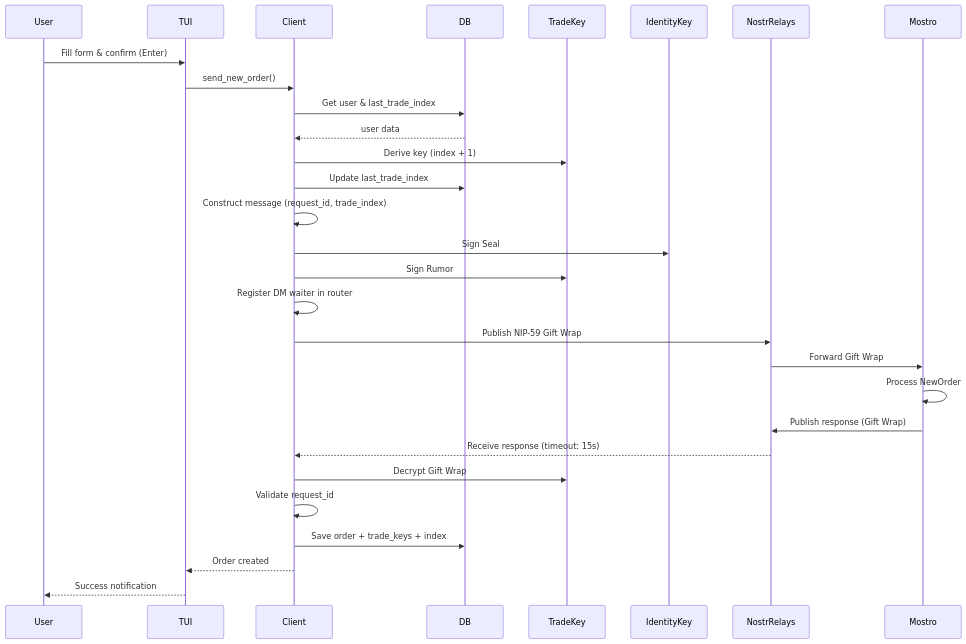
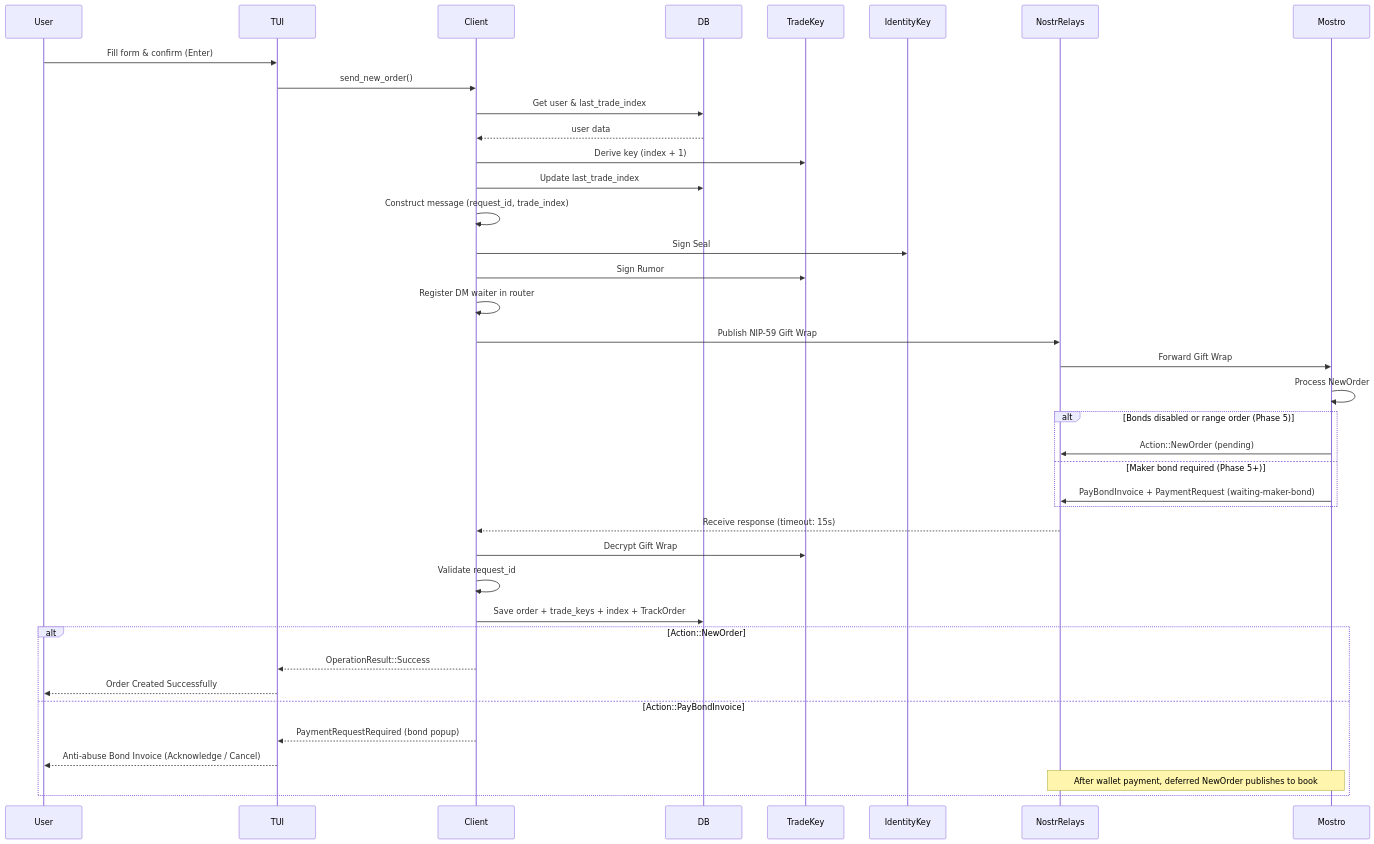
Before and after one commit to MostroP2P/mostrix: the first of 7 diagrams in docs/MESSAGE_FLOW_AND_PROTOCOL.md, drawn with Mermaid. The commit also changed other lines of this file and 18 other files, not shown here.

First line of the commit message:
feat(bond): handle maker PayBondInvoice on order creation (Phase 5)

````diff
--- a/docs/MESSAGE_FLOW_AND_PROTOCOL.md
+++ b/docs/MESSAGE_FLOW_AND_PROTOCOL.md
@@ -24,32 +24,42 @@
 ```mermaid
 sequenceDiagram
     participant User
     participant TUI
     participant Client
     participant DB
     participant TradeKey
     participant IdentityKey
     participant NostrRelays
     participant Mostro
 
     User->>TUI: Fill form & confirm (Enter)
     TUI->>Client: send_new_order()
     Client->>DB: Get user & last_trade_index
     DB-->>Client: user data
     Client->>TradeKey: Derive key (index + 1)
     Client->>DB: Update last_trade_index
     Client->>Client: Construct message (request_id, trade_index)
     Client->>IdentityKey: Sign Seal
     Client->>TradeKey: Sign Rumor
     Client->>Client: Register DM waiter in router
     Client->>NostrRelays: Publish NIP-59 Gift Wrap
     NostrRelays->>Mostro: Forward Gift Wrap
     Mostro->>Mostro: Process NewOrder
-    Mostro->>NostrRelays: Publish response (Gift Wrap)
+    alt Bonds disabled or range order (Phase 5)
+        Mostro->>NostrRelays: Action::NewOrder (pending)
+    else Maker bond required (Phase 5+)
+        Mostro->>NostrRelays: PayBondInvoice + PaymentRequest (waiting-maker-bond)
+    end
     NostrRelays-->>Client: Receive response (timeout: 15s)
     Client->>TradeKey: Decrypt Gift Wrap
     Client->>Client: Validate request_id
-    Client->>DB: Save order + trade_keys + index
-    Client-->>TUI: Order created
-    TUI-->>User: Success notification
+    Client->>DB: Save order + trade_keys + index + TrackOrder
+    alt Action::NewOrder
+        Client-->>TUI: OperationResult::Success
+        TUI-->>User: Order Created Successfully
+    else Action::PayBondInvoice
+        Client-->>TUI: PaymentRequestRequired (bond popup)
+        TUI-->>User: Anti-abuse Bond Invoice (Acknowledge / Cancel)
+        Note over Mostro,NostrRelays: After wallet payment, deferred NewOrder publishes to book
+    end
 ```
````
